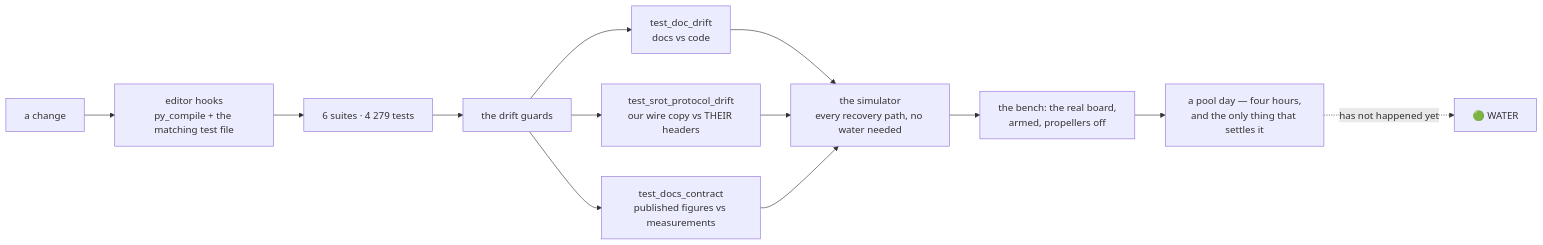
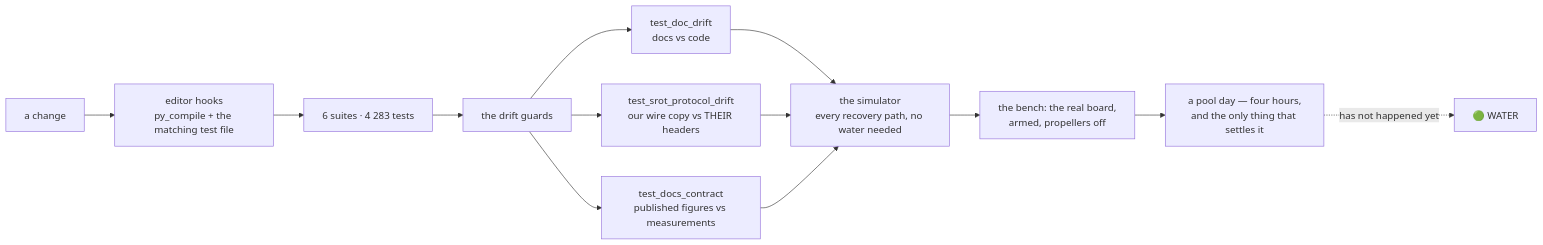
The ninth of 10 diagrams in README.md (fh1m/mongla_ws), drawn with Mermaid before and after one commit. The commit also changed other lines of this file and 3 other files, not shown here.

````diff
--- a/README.md
+++ b/README.md
@@ -752,15 +752,15 @@
 ```mermaid
 flowchart LR
     DEV["a change"] --> HOOK["editor hooks<br/>py_compile + the matching test file"]
-    HOOK --> UNIT["6 suites · 4 279 tests"]
+    HOOK --> UNIT["6 suites · 4 283 tests"]
     UNIT --> GUARD["the drift guards"]
     GUARD --> G1["test_doc_drift<br/>docs vs code"]
     GUARD --> G2["test_srot_protocol_drift<br/>our wire copy vs THEIR headers"]
     GUARD --> G3["test_docs_contract<br/>published figures vs measurements"]
     G1 --> SIM["the simulator<br/>every recovery path, no water needed"]
     G2 --> SIM
     G3 --> SIM
     SIM --> BENCH["the bench: the real board,<br/>armed, propellers off"]
     BENCH --> POOL["a pool day — four hours,<br/>and the only thing that settles it"]
     POOL -.->|"has not happened yet"| WATER["🟢 WATER"]
 ```
````
